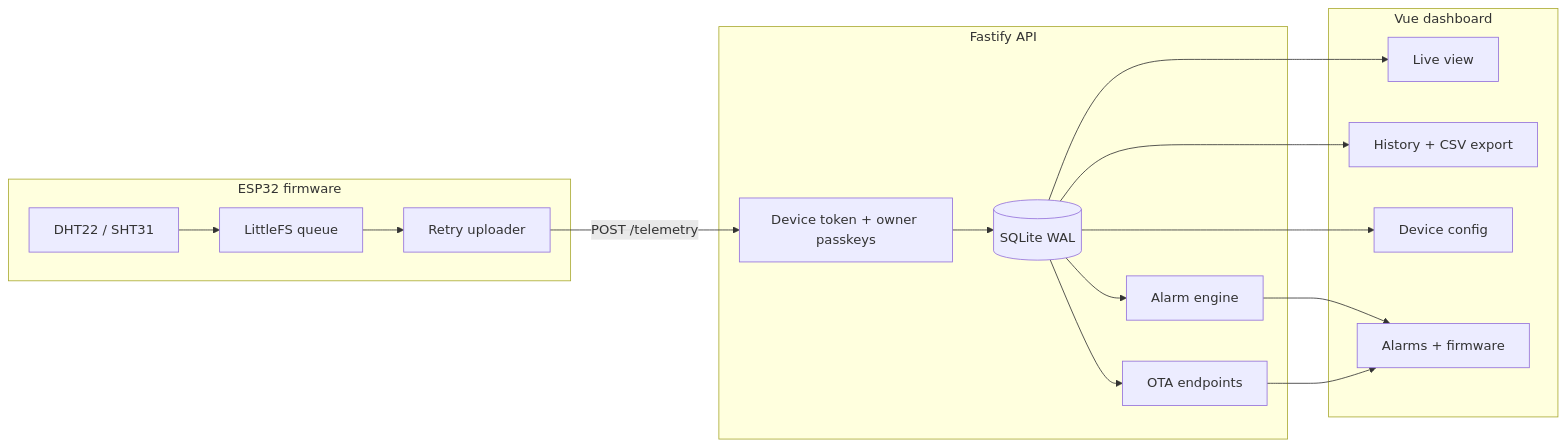
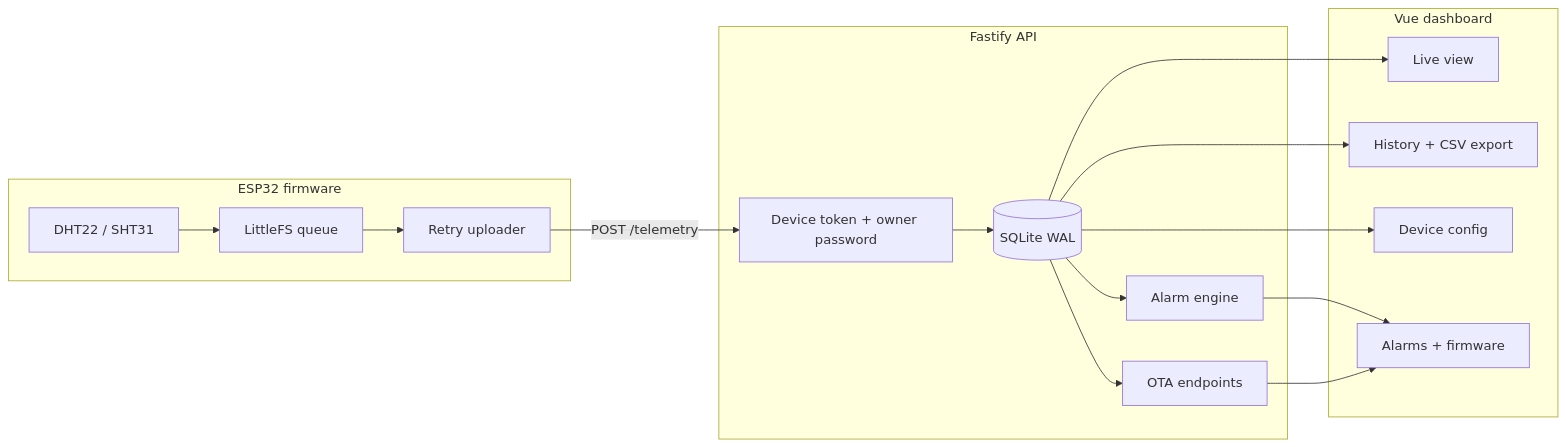
The diagram in README.md (mueligo/Climate), drawn with Mermaid before and after one commit. The commit also changed other lines of this file, not shown here.

````diff
--- a/README.md
+++ b/README.md
@@ -68,33 +68,33 @@
 ```mermaid
 flowchart LR
   subgraph ESP32[ESP32 firmware]
     Sensor[DHT22 / SHT31]
     Queue[LittleFS queue]
     Retry[Retry uploader]
     Sensor --> Queue --> Retry
   end
 
   subgraph API[Fastify API]
-    Auth[Device token + owner passkeys]
+    Auth[Device token + owner password]
     DB[(SQLite WAL)]
     Alarms[Alarm engine]
     OTA[OTA endpoints]
     Auth --> DB
     DB --> Alarms
     DB --> OTA
   end
 
   subgraph UI[Vue dashboard]
     Live[Live view]
     History[History + CSV export]
     Devices[Device config]
     Ops[Alarms + firmware]
   end
 
   Retry -->|POST /telemetry| Auth
   DB --> Live
   DB --> History
   DB --> Devices
   Alarms --> Ops
   OTA --> Ops
 ```
````
